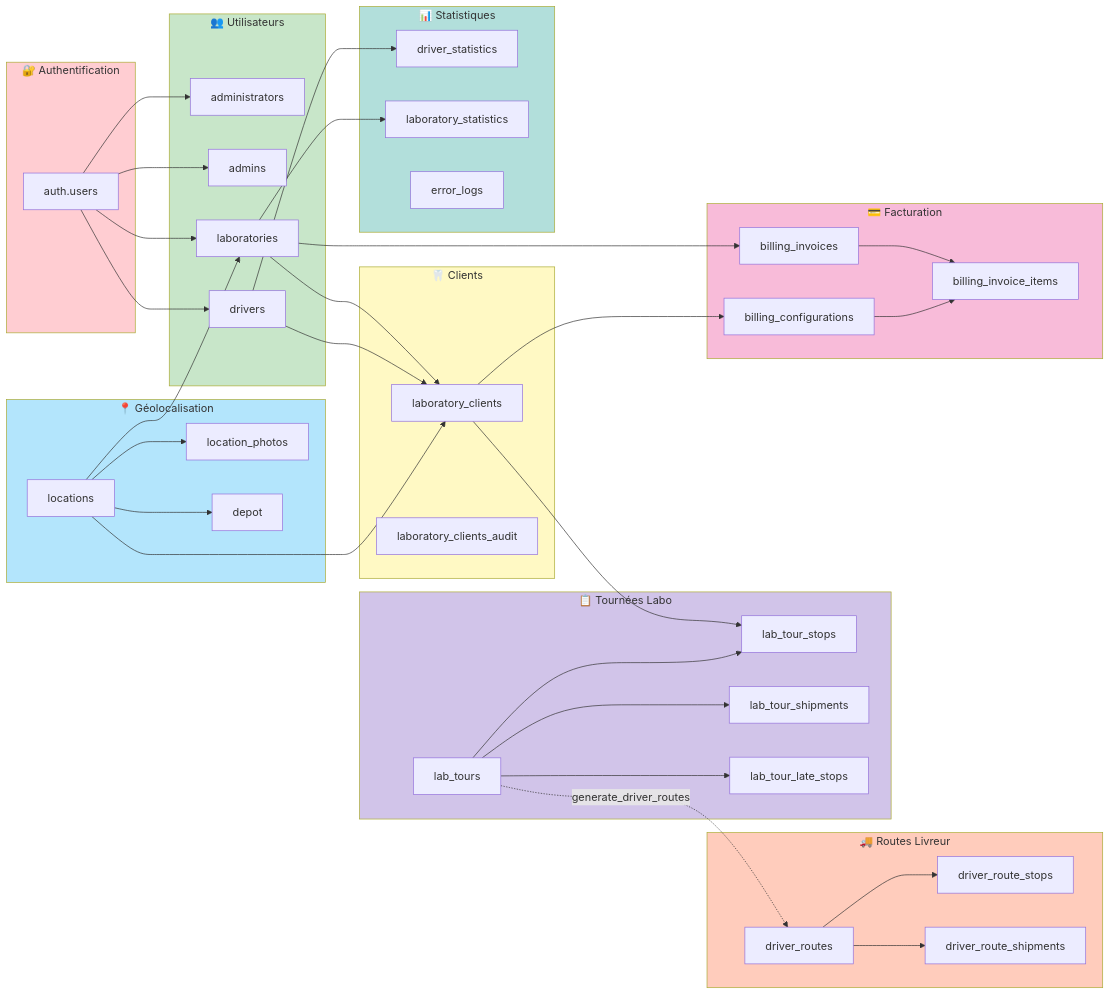
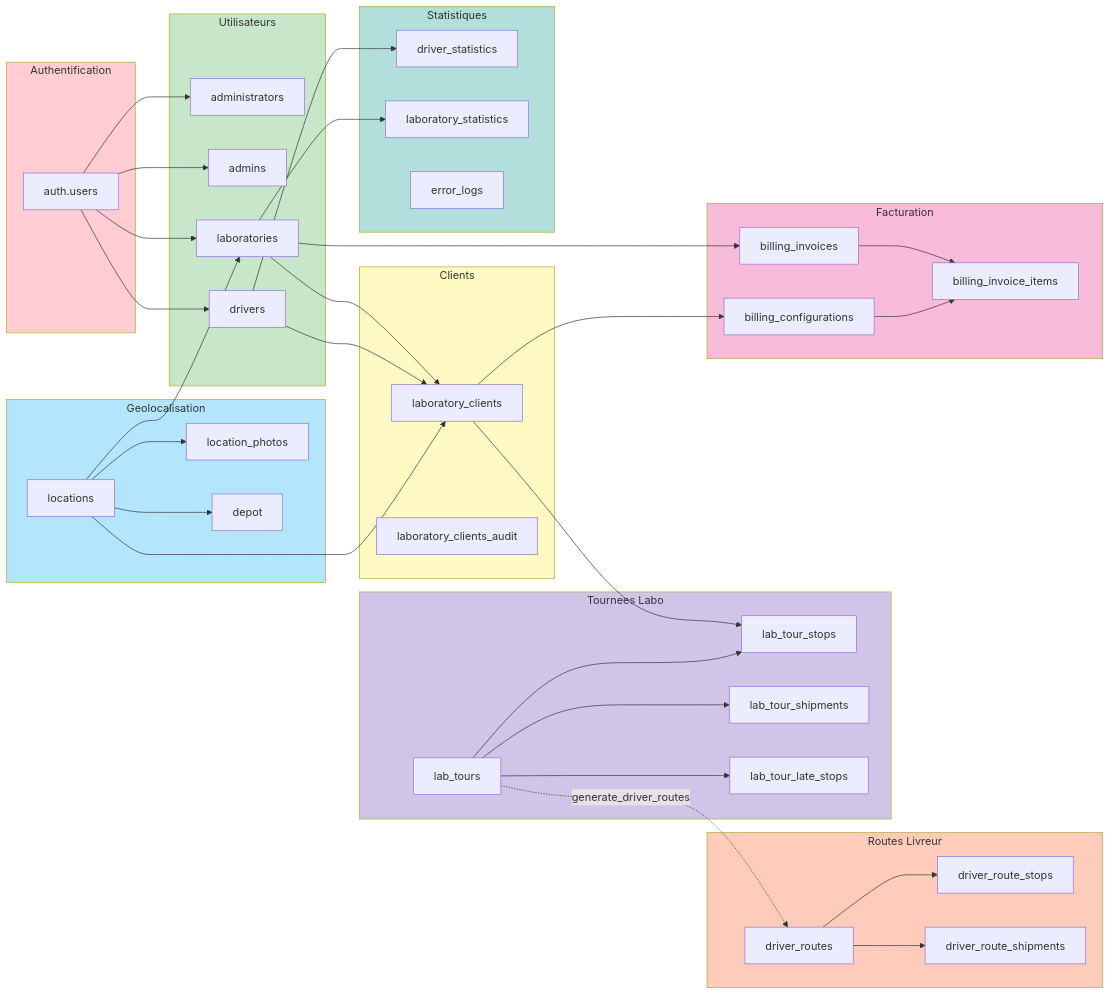
Before and after one commit to blackrolf/provence-courses-supabase: the third of 5 diagrams in README.md, drawn with Mermaid. The commit also changed other lines of this file, not shown here.

First line of the commit message:
Diagrammes Mermaid en sections pliables, sans emojis

````diff
--- a/README.md
+++ b/README.md
@@ -227,78 +251,78 @@
 ```mermaid
 flowchart LR
-    subgraph AUTH["🔐 Authentification"]
+    subgraph AUTH["Authentification"]
         AU[auth.users]
     end
 
-    subgraph USERS["👥 Utilisateurs"]
+    subgraph USERS["Utilisateurs"]
         AD[administrators]
         AM[admins]
         LB[laboratories]
         DR[drivers]
     end
 
-    subgraph GEO["📍 Géolocalisation"]
+    subgraph GEO["Geolocalisation"]
         LO[locations]
         LP[location_photos]
         DP[depot]
     end
 
-    subgraph CLIENTS["🦷 Clients"]
+    subgraph CLIENTS["Clients"]
         LC[laboratory_clients]
         LCA[laboratory_clients_audit]
     end
 
-    subgraph TOURS["📋 Tournées Labo"]
+    subgraph TOURS["Tournees Labo"]
         LT[lab_tours]
         LTS[lab_tour_stops]
         LTSH[lab_tour_shipments]
         LTLS[lab_tour_late_stops]
     end
 
-    subgraph ROUTES["🚚 Routes Livreur"]
+    subgraph ROUTES["Routes Livreur"]
         DRO[driver_routes]
         DRS[driver_route_stops]
         DRSH[driver_route_shipments]
     end
 
-    subgraph STATS["📊 Statistiques"]
+    subgraph STATS["Statistiques"]
         DST[driver_statistics]
         LST[laboratory_statistics]
         EL[error_logs]
     end
 
-    subgraph BILLING["💳 Facturation"]
+    subgraph BILL["Facturation"]
         BC[billing_configurations]
         BI[billing_invoices]
         BII[billing_invoice_items]
     end
 
     AU --> AD & AM & LB & DR
     LB --> LC
     DR --> LC
     LO --> LP
     LO --> DP
     LO --> LC
     LO --> LB
     LC --> LTS
     LT --> LTS & LTSH & LTLS
 
     LT -.->|generate_driver_routes| DRO
     DRO --> DRS & DRSH
 
     DR --> DST
     LB --> LST
     LB --> BI
     LC --> BC
     BI --> BII
     BC --> BII
 
     style AUTH fill:#ffcdd2
     style USERS fill:#c8e6c9
     style GEO fill:#b3e5fc
     style CLIENTS fill:#fff9c4
     style TOURS fill:#d1c4e9
     style ROUTES fill:#ffccbc
     style STATS fill:#b2dfdb
-    style BILLING fill:#f8bbd9
+    style BILL fill:#f8bbd9
 ```
````
